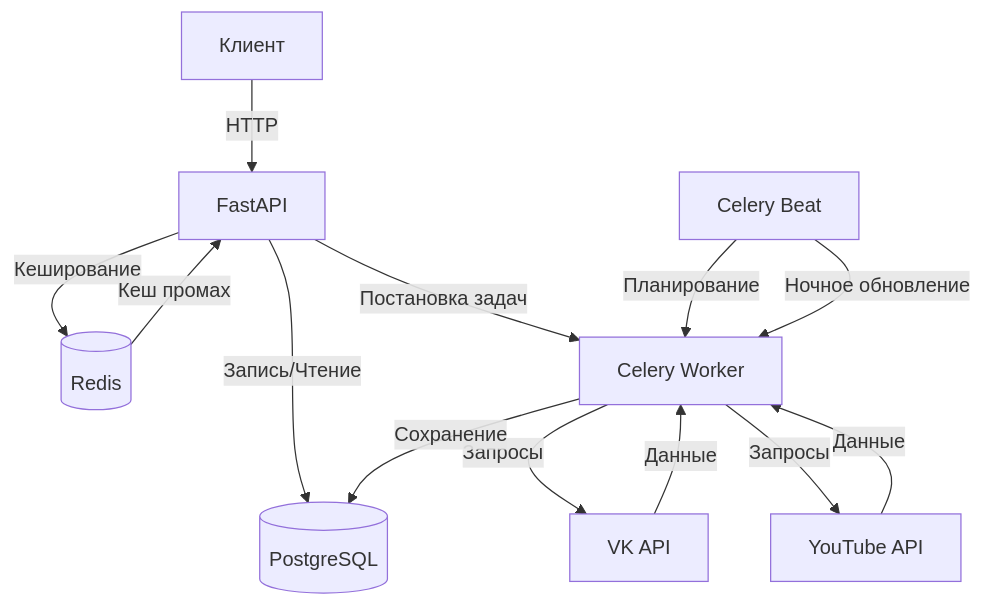
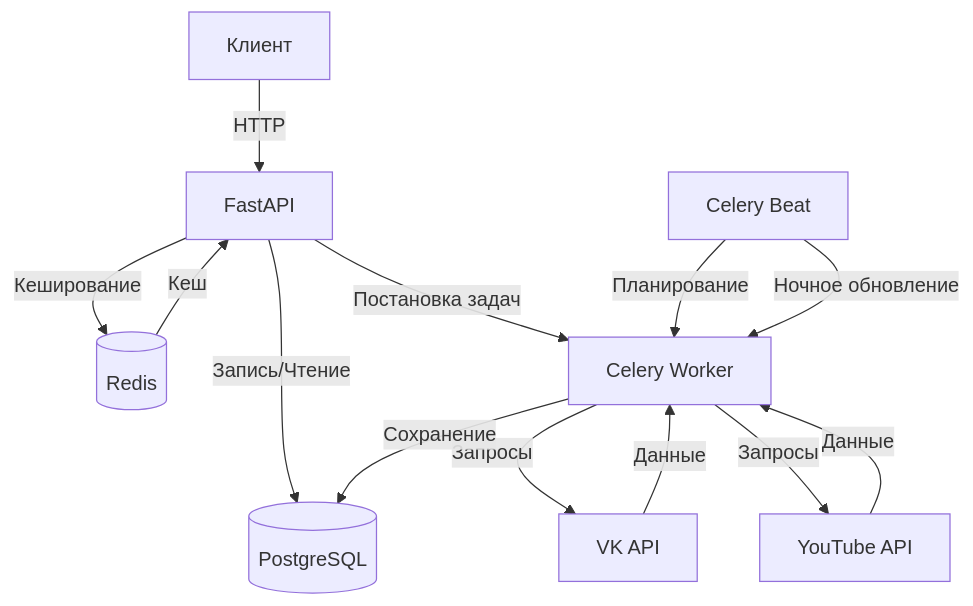
Before and after one commit to Kalmar4uk/checksub: the diagram in README.md, drawn with Mermaid.

````diff
--- a/README.md
+++ b/README.md
@@ -26,15 +26,15 @@
 ```mermaid
 flowchart TD
  A[Клиент] -->|HTTP| B[FastAPI]
  B -->|Кеширование| C[(Redis)]
  B -->|Запись/Чтение| D[(PostgreSQL)]
- C -->|Кеш промах| B
+ C -->|Кеш| B
  B -->|Постановка задач| E[Celery Worker]
  E -->|Запросы| F[VK API]
  E -->|Запросы| G[YouTube API]
  E -->|Сохранение| D
  H[Celery Beat] -->|Планирование| E
  H -->|Ночное обновление| E
  F -->|Данные| E
  G -->|Данные| E
 ```
````
